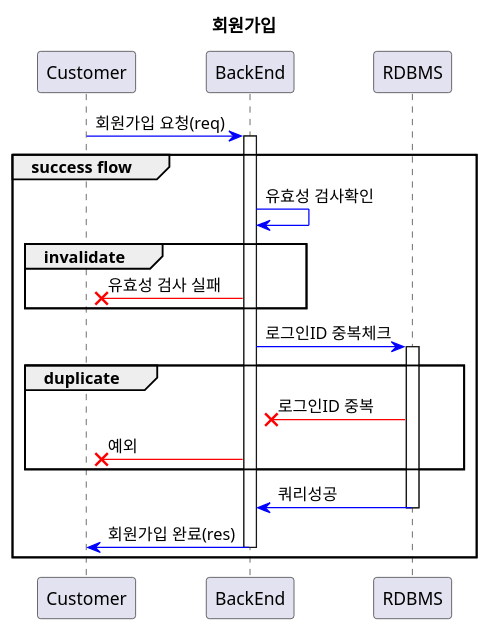
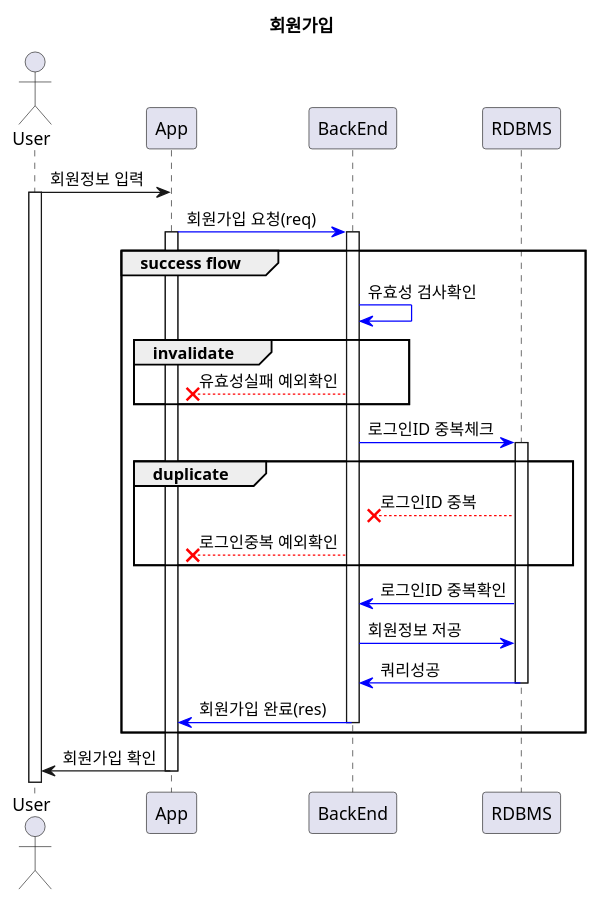
The diagram in Document/user/signup.puml (f-lab-edu/starcoffee), drawn with PlantUML before and after one commit. The commit also changed 1 other file, not shown here.

Commit message:
Mentoring comment's - 주문 UML

```diff
--- a/Document/user/signup.puml
+++ b/Document/user/signup.puml
@@ -1,29 +1,37 @@
 @startuml
 title 회원가입
 
-participant "Customer" as customer
+actor "User" as user
+participant "App" as app
 participant "BackEnd" as backend
 participant "RDBMS" as db
 
 
-customer -[#blue]> backend : 회원가입 요청(req)
+user -> app : 회원정보 입력
+activate user
+
+app -[#blue]> backend : 회원가입 요청(req)
+activate app
 group success flow
     activate backend
     backend -[#blue]> backend : 유효성 검사확인
         group invalidate
-            backend -[#red]x customer : 유효성 검사 실패
+            backend --[#red]x app : 유효성실패 예외확인
         end
 
     backend -[#blue]> db : 로그인ID 중복체크
     activate db
         group duplicate
-            db -[#red]x backend : 로그인ID 중복
-            backend -[#red]x customer : 예외
+            db --[#red]x backend : 로그인ID 중복
+            backend --[#red]x app : 로그인중복 예외확인
         end
-
+    db -[#blue]> backend : 로그인ID 중복확인
+    backend -[#blue]> db : 회원정보 저공
     db -[#blue]> backend : 쿼리성공
     deactivate db
-    backend -[#blue]> customer : 회원가입 완료(res)
+    backend -[#blue]> app : 회원가입 완료(res)
     deactivate backend
 end
+app -> user : 회원가입 확인
+deactivate app
 @enduml
```
